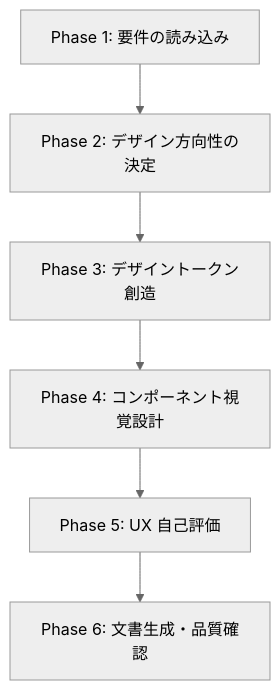
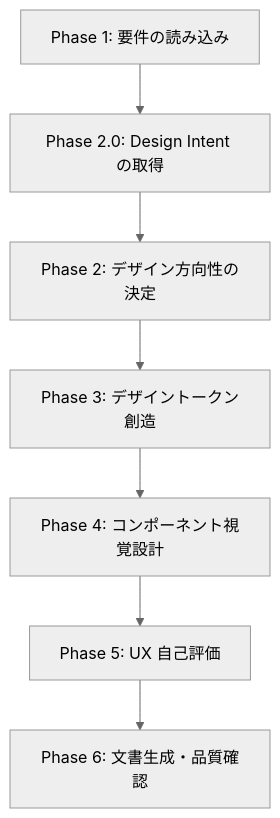
Before and after one commit to BlueEventHorizon/bw-cc-plugins: the diagram in plugins/forge/skills/start-uxui-design/docs/uxui_analysis_workflow.md, drawn with Mermaid (neutral theme). The commit also changed other lines of this file and 7 other files, not shown here.

````diff
--- a/plugins/forge/skills/start-uxui-design/docs/uxui_analysis_workflow.md
+++ b/plugins/forge/skills/start-uxui-design/docs/uxui_analysis_workflow.md
@@ -50,8 +50,9 @@
 ```mermaid
 graph TD
-    A[Phase 1: 要件の読み込み] --> B[Phase 2: デザイン方向性の決定]
+    A[Phase 1: 要件の読み込み] --> A2[Phase 2.0: Design Intent の取得]
+    A2 --> B[Phase 2: デザイン方向性の決定]
     B --> C[Phase 3: デザイントークン創造]
     C --> D[Phase 4: コンポーネント視覚設計]
     D --> E[Phase 5: UX 自己評価]
     E --> F[Phase 6: 文書生成・品質確認]
 ```
````
